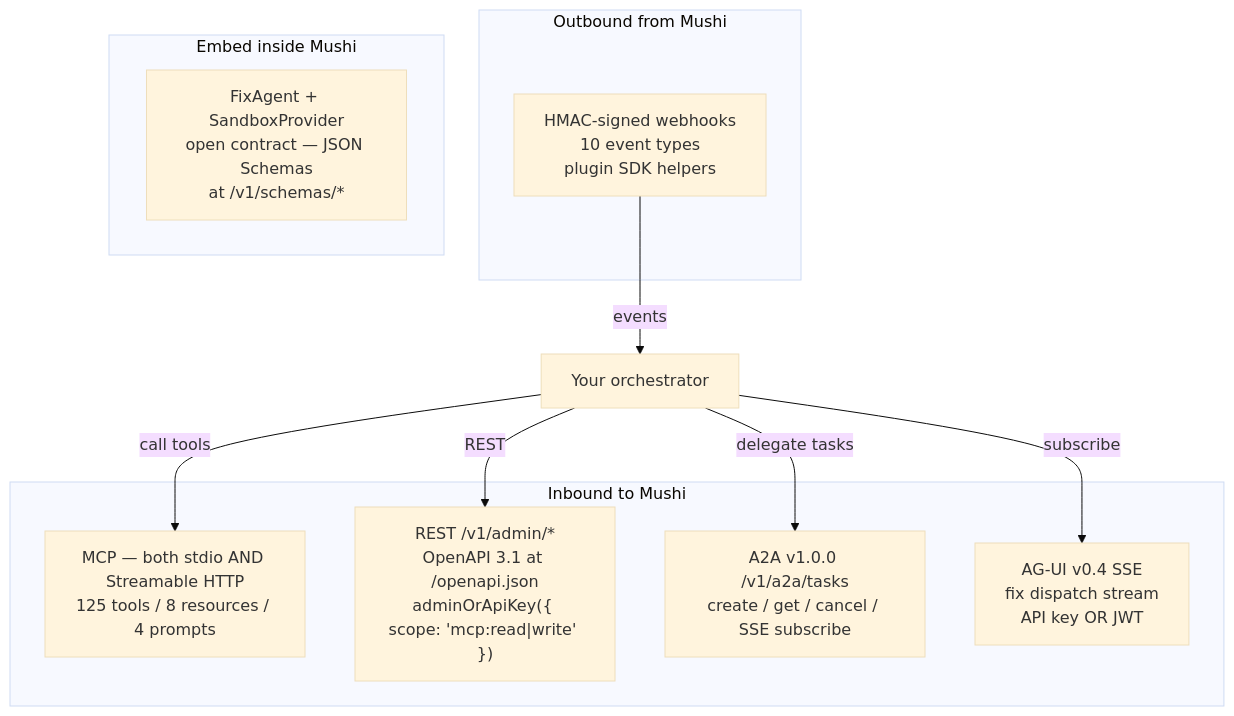
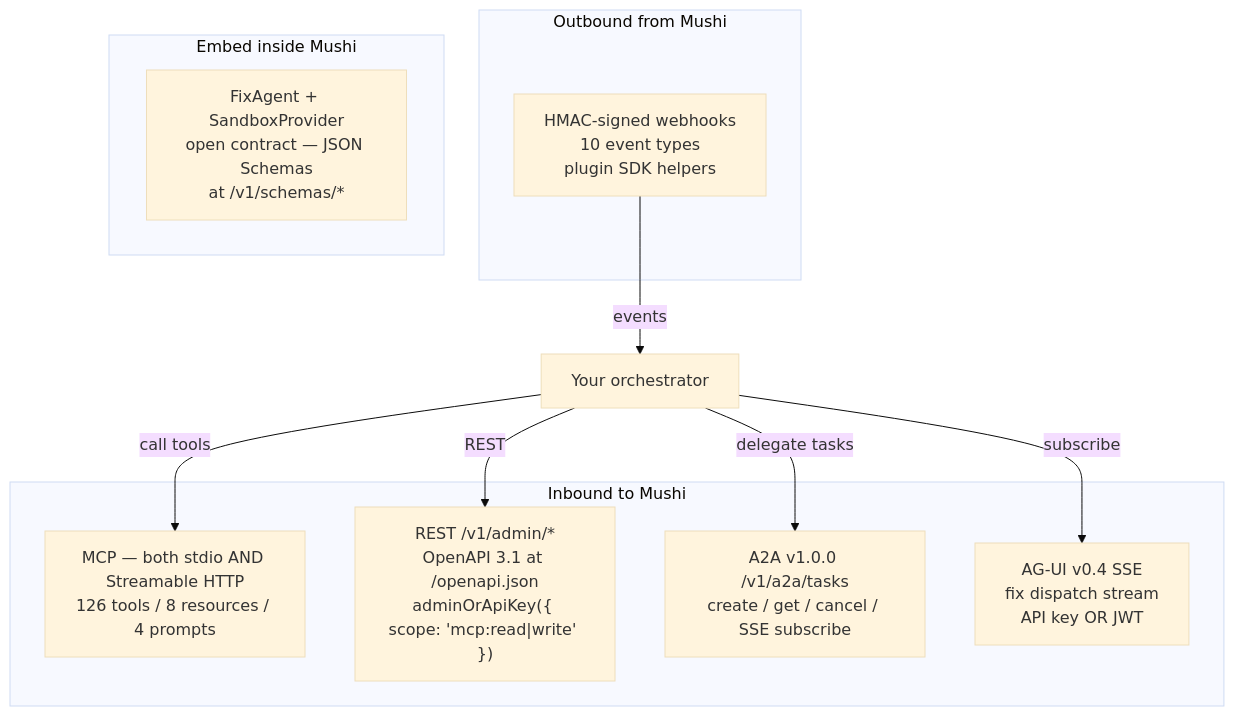
The diagram in apps/docs/content/concepts/orchestrator-interop.mdx (kensaurus/mushi-mushi), drawn with Mermaid (base theme) before and after one commit. The commit also changed other lines of this file and 15 other files, not shown here.

Commit message:
docs: the MCP catalog has 126 tools (get_ci_bill, open_ci_cost_fix)

````diff
--- a/apps/docs/content/concepts/orchestrator-interop.mdx
+++ b/apps/docs/content/concepts/orchestrator-interop.mdx
@@ -32,20 +32,20 @@
 ```mermaid
 flowchart TB
   subgraph Inbound["Inbound to Mushi"]
-    MCP["MCP — both stdio AND Streamable HTTP<br/>125 tools / 8 resources / 4 prompts"]
+    MCP["MCP — both stdio AND Streamable HTTP<br/>126 tools / 8 resources / 4 prompts"]
     REST["REST /v1/admin/*<br/>OpenAPI 3.1 at /openapi.json<br/>adminOrApiKey({ scope: 'mcp:read|write' })"]
     A2A["A2A v1.0.0 /v1/a2a/tasks<br/>create / get / cancel / SSE subscribe"]
     AGUI["AG-UI v0.4 SSE<br/>fix dispatch stream<br/>API key OR JWT"]
   end
   subgraph Outbound["Outbound from Mushi"]
     Hooks["HMAC-signed webhooks<br/>10 event types<br/>plugin SDK helpers"]
   end
   subgraph Native["Embed inside Mushi"]
     FA["FixAgent + SandboxProvider<br/>open contract — JSON Schemas<br/>at /v1/schemas/*"]
   end
   Orch["Your orchestrator"] -->|"call tools"| MCP
   Orch -->|"REST"| REST
   Orch -->|"delegate tasks"| A2A
   Orch -->|"subscribe"| AGUI
   Hooks -->|"events"| Orch
 ```
````
